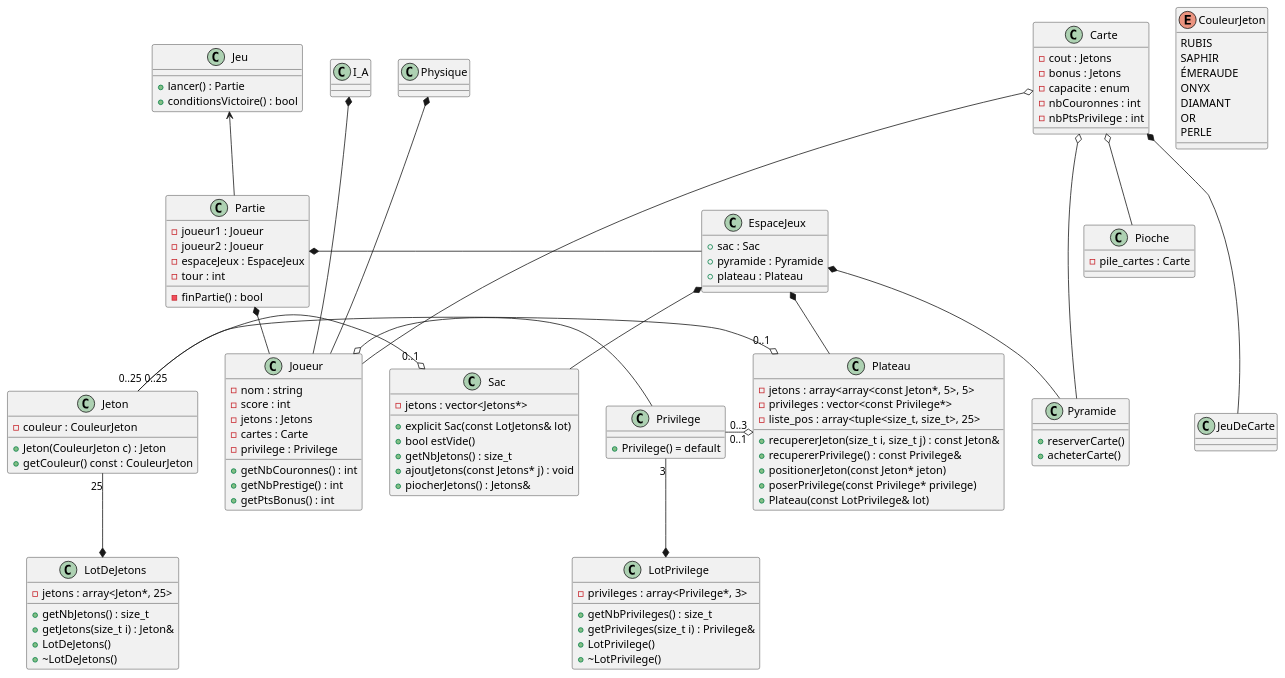
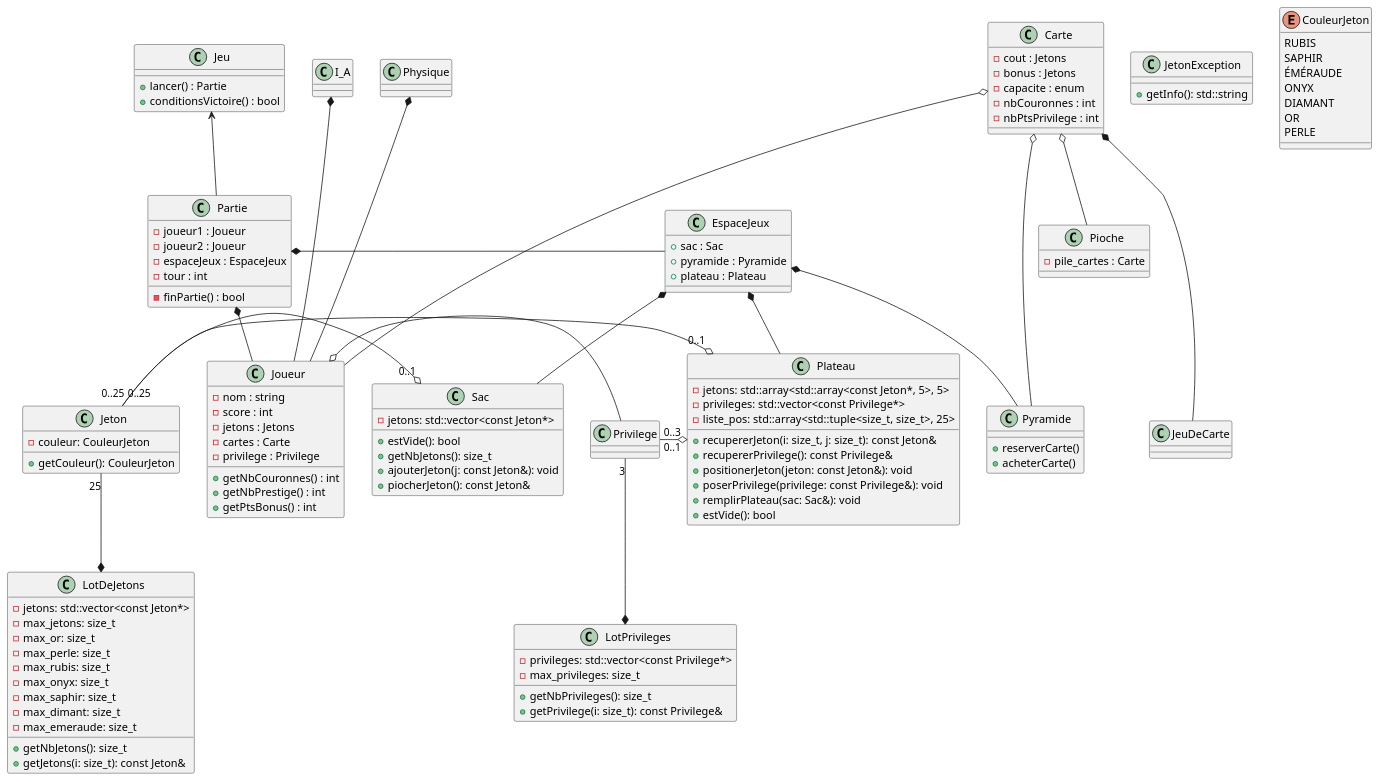
Before and after one commit to theguega/OOP-Board-Game: the diagram in source/UML/UML_V1.plantuml, drawn with PlantUML. The commit also changed 3 other files, not shown here.

Commit message:
optimiqation et actualisation uml

```diff
--- a/source/UML/UML_V1.plantuml
+++ b/source/UML/UML_V1.plantuml
@@ -1,153 +1,156 @@
 @startuml splendor
 
 /'
     Diagramme de classe du jeu Splendor Duel
     Pour programmation objet C++
 '/
 
 class Joueur{
     - nom : string
     - score : int
     - jetons : Jetons
     - cartes : Carte
     - privilege : Privilege
 
     + getNbCouronnes() : int
     + getNbPrestige() : int
     + getPtsBonus() : int
 }
 
 class I_A {
 }
 
 class Physique {
 }
 
 class Partie {
     - joueur1 : Joueur
     - joueur2 : Joueur
     - espaceJeux : EspaceJeux
     - tour : int
 
     - finPartie() : bool
 }
 
 class EspaceJeux {
     + sac : Sac
     + pyramide : Pyramide
     + plateau : Plateau
 }
 
 class Pyramide {
     + reserverCarte()
     + acheterCarte()
 }
 
 class Carte{
     - cout : Jetons
     - bonus : Jetons
     - capacite : enum
     - nbCouronnes : int
     - nbPtsPrivilege : int
 }
 
 class Pioche {
     - pile_cartes : Carte
 }
 
-enum CouleurJeton { 
-    RUBIS
-    SAPHIR
-    ÉMERAUDE
-    ONYX
-    DIAMANT
-    OR
-    PERLE
+class JetonException {
+  + getInfo(): std::string
+}
+
+enum CouleurJeton {
+  RUBIS
+  SAPHIR
+  ÉMÉRAUDE
+  ONYX
+  DIAMANT
+  OR
+  PERLE
 }
 
 class Jeton {
-    - couleur : CouleurJeton
-    + Jeton(CouleurJeton c) : Jeton
-    + getCouleur() const : CouleurJeton
+  - couleur: CouleurJeton
+  + getCouleur(): CouleurJeton
 }
 
 class LotDeJetons {
-    - jetons : array<Jeton*, 25>
-
-    + getNbJetons() : size_t
-    + getJetons(size_t i) : Jeton&
-    + LotDeJetons()
-    + ~LotDeJetons()
+  - jetons: std::vector<const Jeton*>
+  - max_jetons: size_t
+  - max_or: size_t
+  - max_perle: size_t
+  - max_rubis: size_t
+  - max_onyx: size_t
+  - max_saphir: size_t
+  - max_dimant: size_t
+  - max_emeraude: size_t
+  + getNbJetons(): size_t
+  + getJetons(i: size_t): const Jeton&
 }
 
 class Privilege {
-    + Privilege() = default
 }
 
-class LotPrivilege {
-    - privileges : array<Privilege*, 3>
-
-    + getNbPrivileges() : size_t
-    + getPrivileges(size_t i) : Privilege&
-    + LotPrivilege()
-    + ~LotPrivilege()
+class LotPrivileges {
+  - privileges: std::vector<const Privilege*>
+  - max_privileges: size_t
+  + getNbPrivileges(): size_t
+  + getPrivilege(i: size_t): const Privilege&
 }
 
-class Sac{
-    - jetons : vector<Jetons*>
-
-    + explicit Sac(const LotJetons& lot)
-    + bool estVide() 
-    + getNbJetons() : size_t
-    + ajoutJetons(const Jetons* j) : void
-    + piocherJetons() : Jetons&
+class Sac {
+  - jetons: std::vector<const Jeton*>
+  + estVide(): bool
+  + getNbJetons(): size_t
+  + ajouterJeton(j: const Jeton&): void
+  + piocherJeton(): const Jeton&
 }
 
 class Plateau {
-    - jetons : array<array<const Jeton*, 5>, 5>
-    - privileges : vector<const Privilege*>
-    - liste_pos : array<tuple<size_t, size_t>, 25>
-
-    + recupererJeton(size_t i, size_t j) : const Jeton&
-    + recupererPrivilege() : const Privilege&
-    + positionerJeton(const Jeton* jeton)
-    + poserPrivilege(const Privilege* privilege)
-    + Plateau(const LotPrivilege& lot)
+  - jetons: std::array<std::array<const Jeton*, 5>, 5>
+  - privileges: std::vector<const Privilege*>
+  - liste_pos: std::array<std::tuple<size_t, size_t>, 25>
+  + recupererJeton(i: size_t, j: size_t): const Jeton&
+  + recupererPrivilege(): const Privilege&
+  + positionerJeton(jeton: const Jeton&): void
+  + poserPrivilege(privilege: const Privilege&): void
+  + remplirPlateau(sac: Sac&): void
+  + estVide(): bool
 }
 
 
 class Jeu {
     + lancer() : Partie
     + conditionsVictoire() : bool
 }
 
 class JeuDeCarte {
 }
 
 Physique *--- Joueur
 I_A *--- Joueur
 
 Carte *--- JeuDeCarte
 Carte o-- Pyramide
 Carte o-- Pioche
 Carte o--- Joueur
 
 Jeton "25" --* LotDeJetons
 Jeton "0..25" -o "0..1" Sac
 
-Privilege "3" --* LotPrivilege
+Privilege "3" --* LotPrivileges
 
 Jeton "0..25" -o "0..1" Plateau
 Privilege "0..3" -o "0..1" Plateau
 
 Joueur o- Privilege
 
 Partie *- EspaceJeux
 Partie *- Joueur
 
 EspaceJeux *-- Sac
 EspaceJeux *-- Pyramide
 EspaceJeux *-- Plateau
 
 Jeu <-- Partie
 @enduml
```
